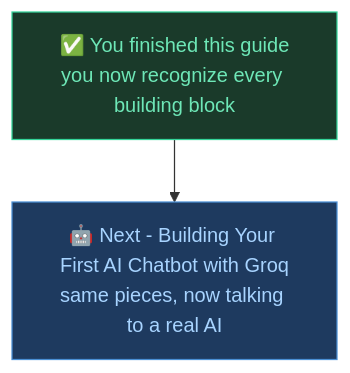
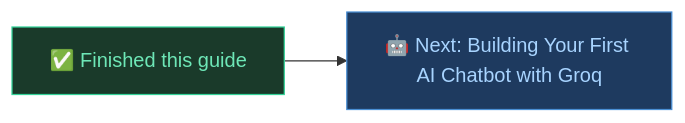
One commit to abdulsamadxai/02_Python_Basics_Guide changed the third of 3 diagrams in README.md. Above: the diagram before and after it, drawn with Mermaid. The commit also changed other lines of this file, not shown here.

````diff
--- a/README.md
+++ b/README.md
@@ -689,8 +407,7 @@
 ```mermaid
-flowchart TD
-    A["✅ You finished this guide\nyou now recognize every building block"]:::done
-    A --> B["🤖 Next - Building Your First AI Chatbot with Groq\nsame pieces, now talking to a real AI"]:::blue
+flowchart LR
+    A["✅ Finished this guide"]:::done --> B["🤖 Next: Building Your First AI Chatbot with Groq"]:::blue
 
     classDef done fill:#1a3a2a,stroke:#34d399,color:#6ee7b7
     classDef blue fill:#1e3a5f,stroke:#4a8fd4,color:#a8d4ff
 ```
````
